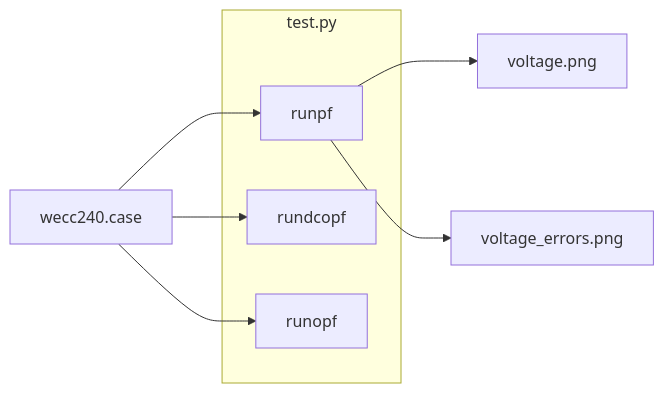
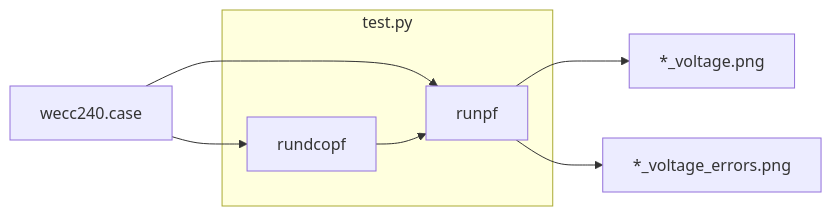
One commit to slacgismo/regrow changed the fifth of 5 diagrams in pypower/README.md. Above: the diagram before and after it, drawn with Mermaid. The commit also changed other lines of this file and 8 other files, not shown here.

````diff
--- a/pypower/README.md
+++ b/pypower/README.md
@@ -137,17 +207,15 @@
 ```mermaid
 flowchart LR
 
     wecc240.case --> runpf
     wecc240.case --> rundcopf
-    wecc240.case --> runopf
 
     subgraph test.py
         
         runpf
-        rundcopf
-        runopf
+        rundcopf --> runpf
 
     end
-    runpf --> voltage.png
-    runpf --> voltage_errors.png
+    runpf --> *_voltage.png
+    runpf --> *_voltage_errors.png
 ```
````
